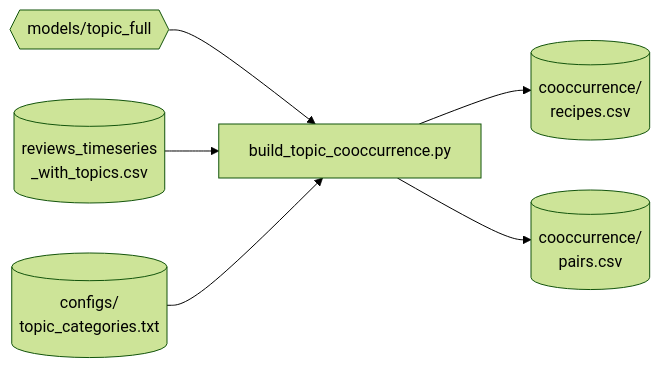
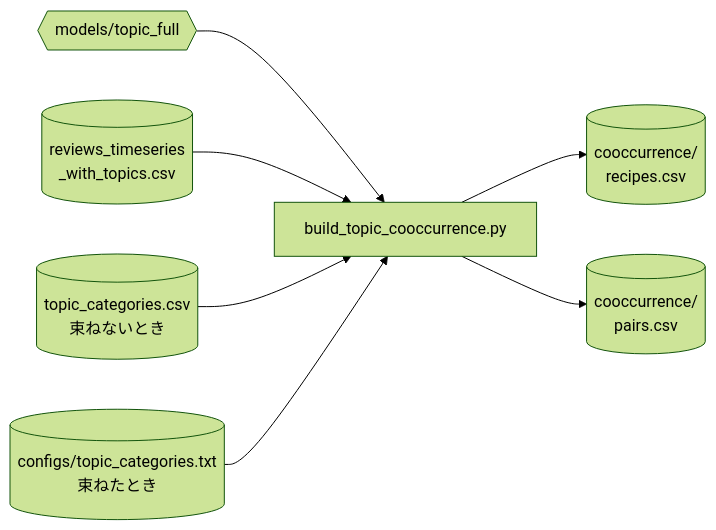
The seventh of 14 diagrams in scripts/README.md (rindguitar/game-demand-forecast), drawn with Mermaid (forest theme) before and after one commit. The commit also changed other lines of this file and 6 other files, not shown here.

````diff
--- a/scripts/README.md
+++ b/scripts/README.md
@@ -184,8 +184,9 @@
 ```mermaid
 flowchart LR
     M3{{"models/topic_full"}} --> CO["build_topic_cooccurrence.py"]
     W3[("reviews_timeseries<br/>_with_topics.csv")] --> CO
-    V3[("configs/<br/>topic_categories.txt")] --> CO
+    C3[("topic_categories.csv<br/>束ねないとき")] --> CO
+    V3[("configs/topic_categories.txt<br/>束ねたとき")] --> CO
     CO --> RE[("cooccurrence/<br/>recipes.csv")]
     CO --> PA[("cooccurrence/<br/>pairs.csv")]
 ```
````
